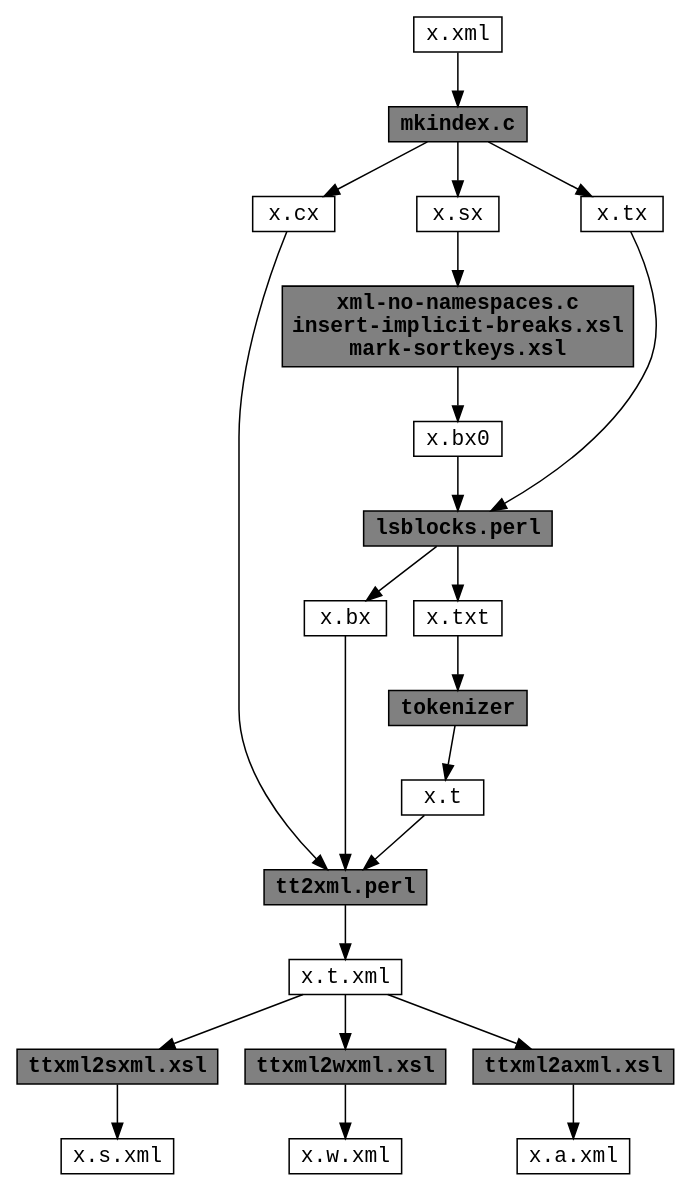
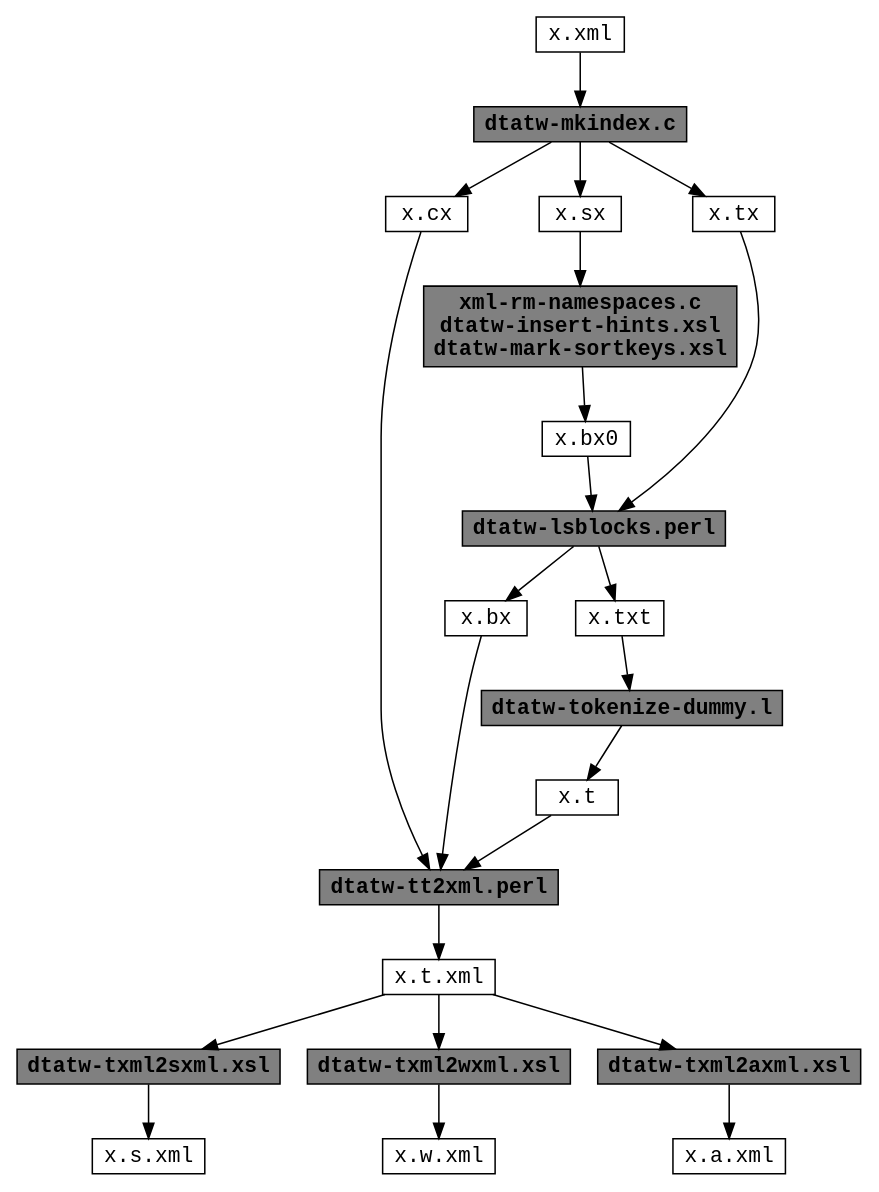
The diagram in doc/dataflow.dot (moocow-the-bovine/dta-tokwrap), drawn with Graphviz before and after one commit. The commit also changed 5 other files, not shown here.

```diff
--- a/doc/dataflow.dot
+++ b/doc/dataflow.dot
@@ -1,58 +1,58 @@
 ##-*- Mode: C -*-
 digraph dataflow {
   node [shape=rectangle,height=0.25,fontname="Courier"];
 
   xml [label="x.xml"];
 
-  mkindex [label="mkindex.c",shape=rectangle,style=filled,fillcolor=grey,fontname="Courier-Bold"];
+  mkindex [label="dtatw-mkindex.c",shape=rectangle,style=filled,fillcolor=grey,fontname="Courier-Bold"];
   xml -> mkindex;
 
   cx [label="x.cx"];
   sx [label="x.sx"];
   tx [label="x.tx"];
   mkindex -> cx;
   mkindex -> sx;
   mkindex -> tx;
   {rank=same; cx sx tx}
 
   bx0 [label="x.bx0"];
-  mkbx0 [label="xml-no-namespaces.c\ninsert-implicit-breaks.xsl\nmark-sortkeys.xsl",shape=rectangle,style=filled,fillcolor=grey,fontname="Courier-Bold"];
+  mkbx0 [label="xml-rm-namespaces.c\ndtatw-insert-hints.xsl\ndtatw-mark-sortkeys.xsl",shape=rectangle,style=filled,fillcolor=grey,fontname="Courier-Bold"];
   sx -> mkbx0;
   mkbx0 -> bx0;
 
   bx [label="x.bx"];
   txt [label="x.txt"];
-  lsblocks [label="lsblocks.perl",shape=rectangle,style=filled,fillcolor=grey,fontname="Courier-Bold"];
+  lsblocks [label="dtatw-lsblocks.perl",shape=rectangle,style=filled,fillcolor=grey,fontname="Courier-Bold"];
   bx0 -> lsblocks;
   tx  -> lsblocks;
   lsblocks -> bx;
   lsblocks -> txt;
   {rank=same; bx txt}
 
   t [label="x.t"];
-  tokenize [label="tokenizer",shape=rectangle,style=filled,fillcolor=grey,fontname="Courier-Bold"];
+  tokenize [label="dtatw-tokenize-dummy.l",shape=rectangle,style=filled,fillcolor=grey,fontname="Courier-Bold"];
   txt -> tokenize;
   tokenize -> t;
 
   t_xml [label="x.t.xml"];
-  t2xml [label="tt2xml.perl",shape=rectangle,style=filled,fillcolor=grey,fontname="Courier-Bold"];
+  t2xml [label="dtatw-tt2xml.perl",shape=rectangle,style=filled,fillcolor=grey,fontname="Courier-Bold"];
   t -> t2xml;
   bx -> t2xml;
   cx -> t2xml;
   t2xml -> t_xml;
 
   s_xml [label="x.s.xml"];
-  txml2sxml [label="ttxml2sxml.xsl",shape=rectangle,style=filled,fillcolor=grey,fontname="Courier-Bold"];
+  txml2sxml [label="dtatw-txml2sxml.xsl",shape=rectangle,style=filled,fillcolor=grey,fontname="Courier-Bold"];
   t_xml -> txml2sxml;
   txml2sxml -> s_xml;
 
   w_xml [label="x.w.xml"];
-  txml2wxml [label="ttxml2wxml.xsl",shape=rectangle,style=filled,fillcolor=grey,fontname="Courier-Bold"];
+  txml2wxml [label="dtatw-txml2wxml.xsl",shape=rectangle,style=filled,fillcolor=grey,fontname="Courier-Bold"];
   t_xml -> txml2wxml;
   txml2wxml -> w_xml;
 
   a_xml [label="x.a.xml"];
-  txml2axml [label="ttxml2axml.xsl",shape=rectangle,style=filled,fillcolor=grey,fontname="Courier-Bold"];
+  txml2axml [label="dtatw-txml2axml.xsl",shape=rectangle,style=filled,fillcolor=grey,fontname="Courier-Bold"];
   t_xml -> txml2axml;
   txml2axml -> a_xml;
 }
```
